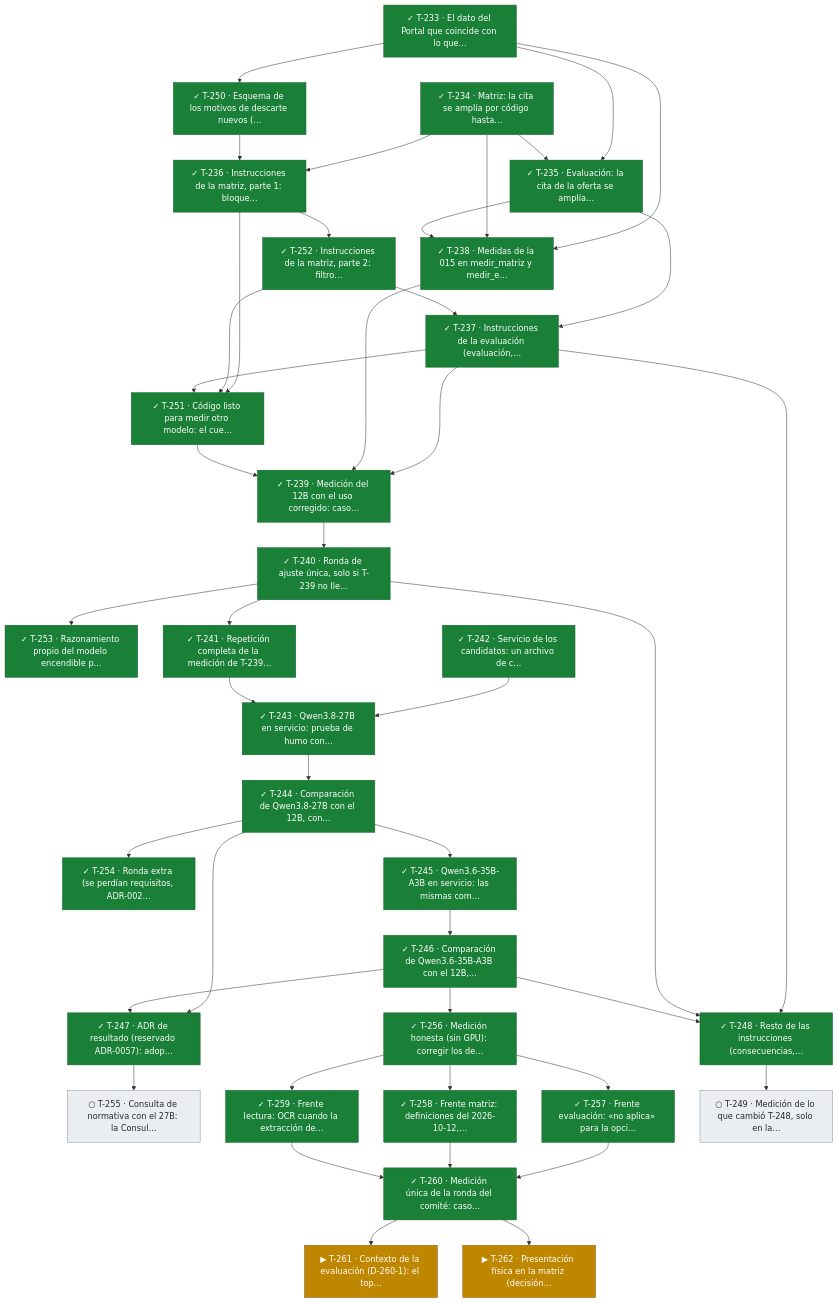
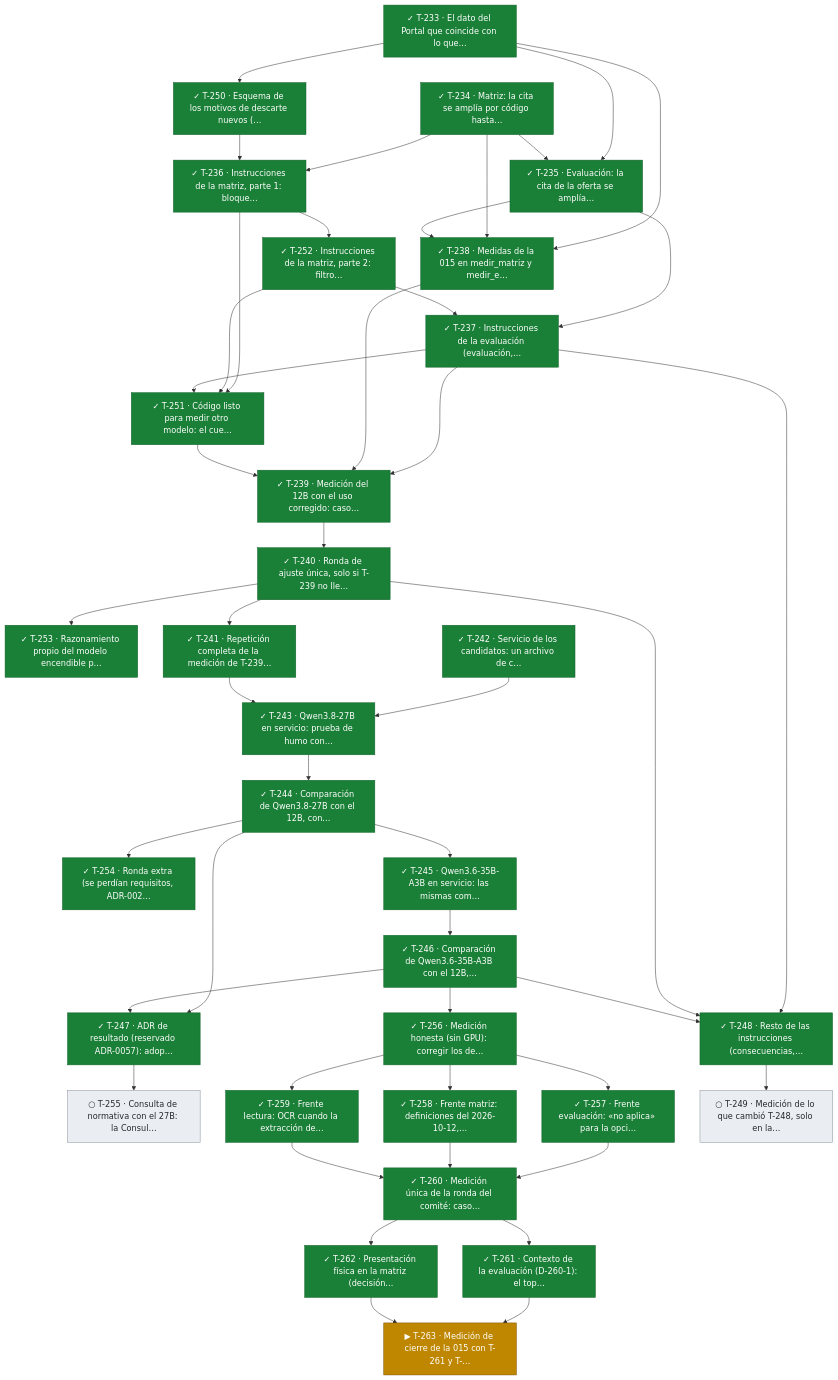
Diagram 17 of 17 in docs/tablero.md (snavello/EVALUON), drawn with Mermaid before and after one commit. The commit also changed other lines of this file and 1 other file, not shown here.

Commit message:
gestión: integra T-261 (contexto) y T-262 (presentación física y listas re-ancladas), verificadas; T-263 medición de cierre

```diff
--- a/docs/tablero.md
+++ b/docs/tablero.md
@@ -1343,8 +1344,9 @@
   T258["✓ T-258 · Frente matriz: definiciones del 2026-10-12,…"]:::done
   T259["✓ T-259 · Frente lectura: OCR cuando la extracción de…"]:::done
   T260["✓ T-260 · Medición única de la ronda del comité: caso…"]:::done
-  T261["▶ T-261 · Contexto de la evaluación (D-260-1): el top…"]:::active
-  T262["▶ T-262 · Presentación física en la matriz (decisión…"]:::active
+  T261["✓ T-261 · Contexto de la evaluación (D-260-1): el top…"]:::done
+  T262["✓ T-262 · Presentación física en la matriz (decisión…"]:::done
+  T263["▶ T-263 · Medición de cierre de la 015 con T-261 y T-…"]:::active
   T237["✓ T-237 · Instrucciones de la evaluación (evaluación,…"]:::done
   T251["✓ T-251 · Código listo para medir otro modelo: el cue…"]:::done
   T238["✓ T-238 · Medidas de la 015 en medir_matriz y medir_e…"]:::done
@@ -1377,6 +1379,8 @@
   T259 --> T260
   T260 --> T261
   T260 --> T262
+  T261 --> T263
+  T262 --> T263
   T235 --> T237
   T252 --> T237
   T236 --> T251
```
